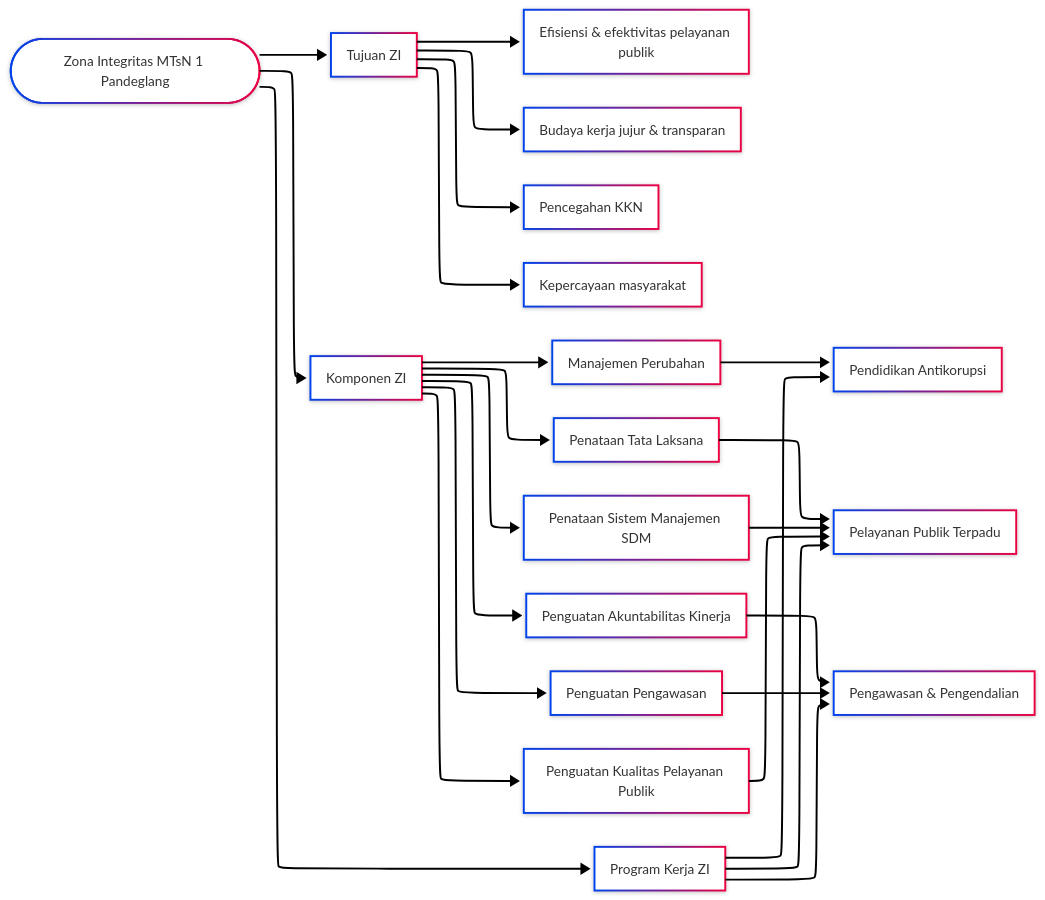
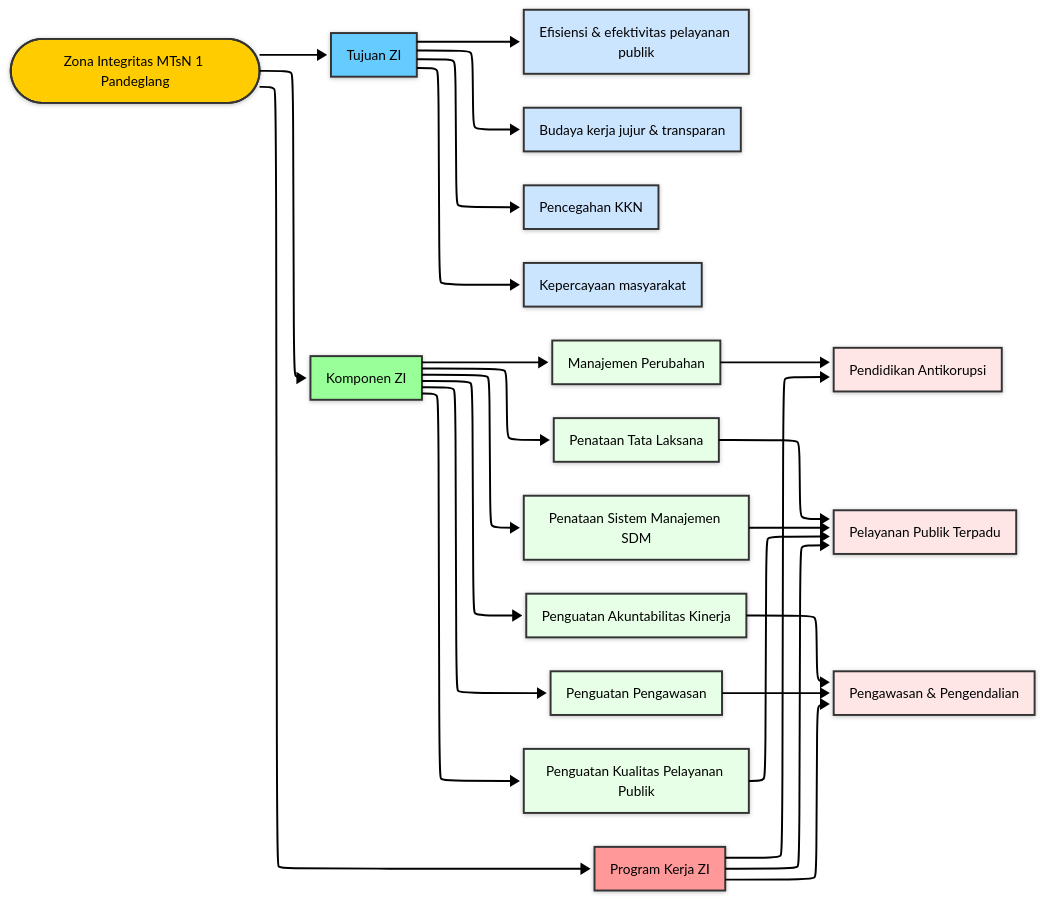
One commit to zulfikriyahya/zona-integritas changed the diagram in readme.md. Above: the diagram before and after it, drawn with Mermaid.

````diff
--- a/readme.md
+++ b/readme.md
@@ -20,35 +20,57 @@
 ```mermaid
 ---
 config:
   theme: neo
   layout: elk
   look: neo
 ---
 flowchart LR
     A(["Zona Integritas MTsN 1 Pandeglang"]) --> B["Tujuan ZI"]
     B --> B1["Efisiensi & efektivitas pelayanan publik"]
     B --> B2["Budaya kerja jujur & transparan"]
     B --> B3["Pencegahan KKN"]
     B --> B4["Kepercayaan masyarakat"]
 
     A --> C["Komponen ZI"]
     C --> C1["Manajemen Perubahan"]
     C --> C2["Penataan Tata Laksana"]
     C --> C3["Penataan Sistem Manajemen SDM"]
     C --> C4["Penguatan Akuntabilitas Kinerja"]
     C --> C5["Penguatan Pengawasan"]
     C --> C6["Penguatan Kualitas Pelayanan Publik"]
 
     A --> D["Program Kerja ZI"]
     D --> D1["Pendidikan Antikorupsi"]
     D --> D2["Pelayanan Publik Terpadu"]
     D --> D3["Pengawasan & Pengendalian"]
 
     %% Hubungan antar komponen dan program
     C1 --> D1
     C2 --> D2
     C3 --> D2
     C4 --> D3
     C5 --> D3
     C6 --> D2
+
+    %% Styling warna
+    style A fill:#ffcc00,stroke:#333,stroke-width:2px,color:#000
+    style B fill:#66ccff,stroke:#333,stroke-width:2px,color:#000
+    style B1 fill:#cce5ff,stroke:#333,color:#000
+    style B2 fill:#cce5ff,stroke:#333,color:#000
+    style B3 fill:#cce5ff,stroke:#333,color:#000
+    style B4 fill:#cce5ff,stroke:#333,color:#000
+
+    style C fill:#99ff99,stroke:#333,stroke-width:2px,color:#000
+    style C1 fill:#e6ffe6,stroke:#333,color:#000
+    style C2 fill:#e6ffe6,stroke:#333,color:#000
+    style C3 fill:#e6ffe6,stroke:#333,color:#000
+    style C4 fill:#e6ffe6,stroke:#333,color:#000
+    style C5 fill:#e6ffe6,stroke:#333,color:#000
+    style C6 fill:#e6ffe6,stroke:#333,color:#000
+
+    style D fill:#ff9999,stroke:#333,stroke-width:2px,color:#000
+    style D1 fill:#ffe6e6,stroke:#333,color:#000
+    style D2 fill:#ffe6e6,stroke:#333,color:#000
+    style D3 fill:#ffe6e6,stroke:#333,color:#000
+
 ```
````
